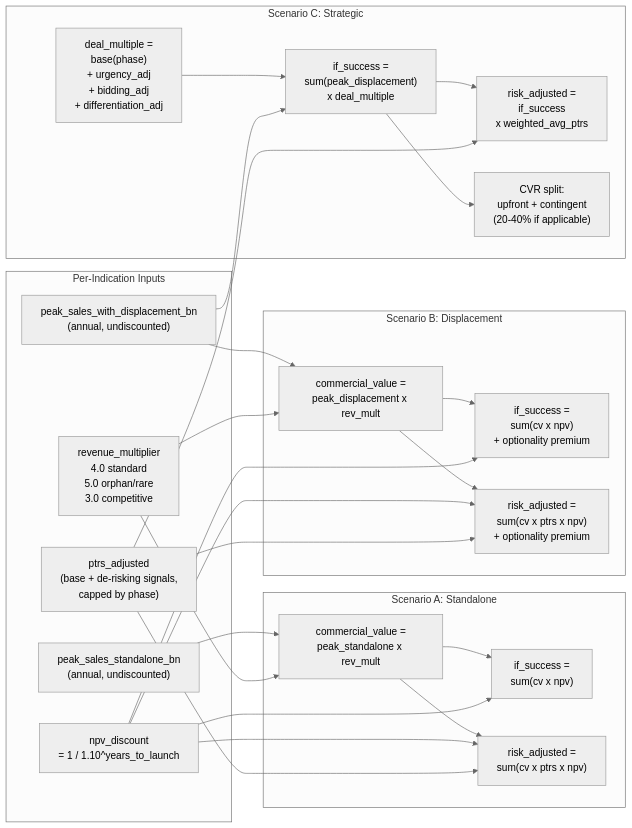
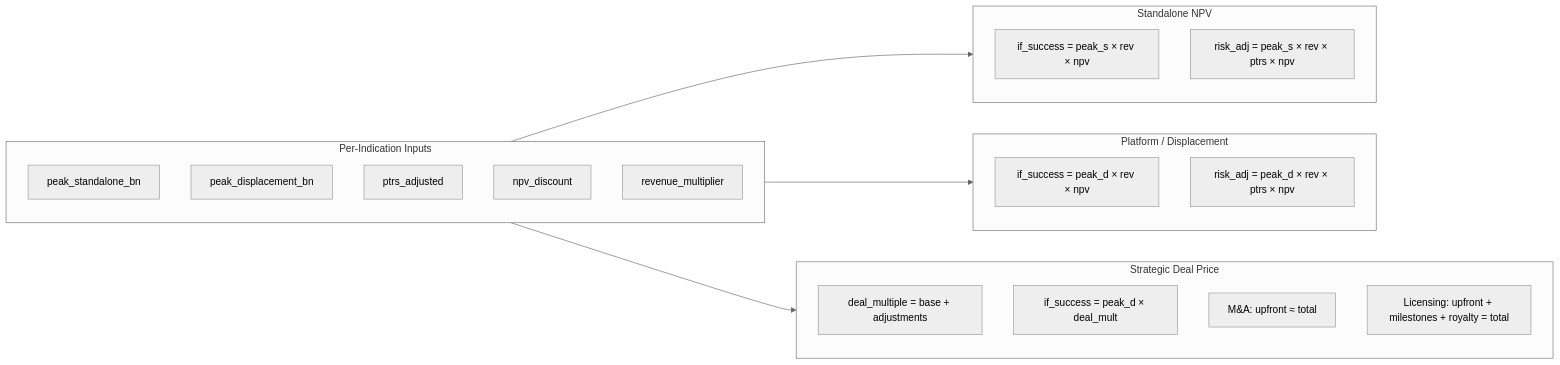
Before and after one commit to codingnoodle/lifescience-bd-intelligence: the third of 3 diagrams in docs/architecture.md, drawn with Mermaid (neutral theme). The commit also changed other lines of this file, not shown here.

First line of the commit message:
Update architecture doc with tools per agent, dual deal modes, state schema

````diff
--- a/docs/architecture.md
+++ b/docs/architecture.md
@@ -221,48 +257,31 @@
 ```mermaid
 flowchart LR
-    subgraph PerIndication["Per-Indication Inputs"]
-        PEAK_S["peak_sales_standalone_bn\n(annual, undiscounted)"]
-        PEAK_D["peak_sales_with_displacement_bn\n(annual, undiscounted)"]
-        PTRS["ptrs_adjusted\n(base + de-risking signals,\ncapped by phase)"]
-        NPV["npv_discount\n= 1 / 1.10^years_to_launch"]
-        REVMUL["revenue_multiplier\n4.0 standard\n5.0 orphan/rare\n3.0 competitive"]
+    subgraph Inputs["Per-Indication Inputs"]
+        PEAK_S["peak_standalone_bn"]
+        PEAK_D["peak_displacement_bn"]
+        PTRS["ptrs_adjusted"]
+        NPV["npv_discount"]
+        REVMUL["revenue_multiplier"]
     end
 
-    subgraph Standalone["Scenario A: Standalone"]
-        S_CV["commercial_value =\npeak_standalone x rev_mult"]
-        S_IF["if_success =\nsum(cv x npv)"]
-        S_RA["risk_adjusted =\nsum(cv x ptrs x npv)"]
-        S_CV --> S_IF
-        S_CV --> S_RA
-        NPV --> S_IF
-        NPV --> S_RA
-        PTRS --> S_RA
-        PEAK_S --> S_CV
-        REVMUL --> S_CV
+    subgraph A["Standalone NPV"]
+        A_IF["if_success = peak_s × rev × npv"]
+        A_RA["risk_adj = peak_s × rev × ptrs × npv"]
     end
 
-    subgraph Displacement["Scenario B: Displacement"]
-        D_CV["commercial_value =\npeak_displacement x rev_mult"]
-        D_IF["if_success =\nsum(cv x npv)\n+ optionality premium"]
-        D_RA["risk_adjusted =\nsum(cv x ptrs x npv)\n+ optionality premium"]
-        D_CV --> D_IF
-        D_CV --> D_RA
-        NPV --> D_IF
-        NPV --> D_RA
-        PTRS --> D_RA
-        PEAK_D --> D_CV
-        REVMUL --> D_CV
+    subgraph B["Platform / Displacement"]
+        B_IF["if_success = peak_d × rev × npv"]
+        B_RA["risk_adj = peak_d × rev × ptrs × npv"]
     end
 
-    subgraph Strategic["Scenario C: Strategic"]
-        DM["deal_multiple =\nbase(phase)\n+ urgency_adj\n+ bidding_adj\n+ differentiation_adj"]
-        ST_IF["if_success =\nsum(peak_displacement)\nx deal_multiple"]
-        ST_RA["risk_adjusted =\nif_success\nx weighted_avg_ptrs"]
-        CVR["CVR split:\nupfront + contingent\n(20-40% if applicable)"]
-        DM --> ST_IF
-        PEAK_D --> ST_IF
-        ST_IF --> ST_RA
-        PTRS --> ST_RA
-        ST_IF --> CVR
+    subgraph C["Strategic Deal Price"]
+        C_DM["deal_multiple = base + adjustments"]
+        C_IF["if_success = peak_d × deal_mult"]
+        C_MA["M&A: upfront ≈ total"]
+        C_LIC["Licensing: upfront + milestones + royalty = total"]
     end
+
+    Inputs --> A
+    Inputs --> B
+    Inputs --> C
 ```
````
